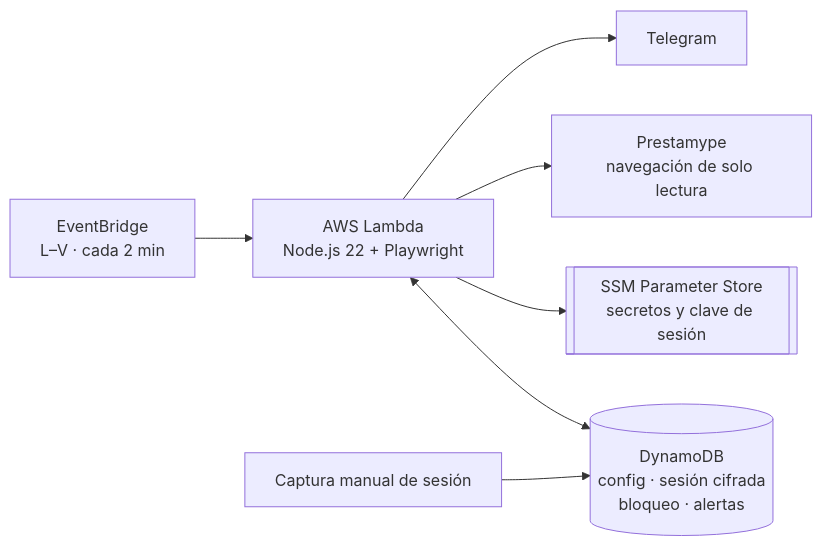
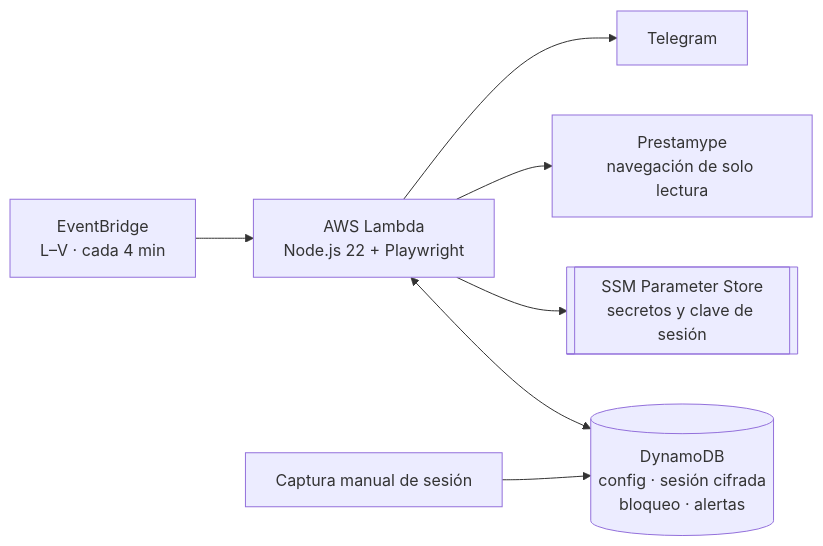
One commit to maishet/prestamype-monitor changed the diagram in README.md. Above: the diagram before and after it, drawn with Mermaid. The commit also changed other lines of this file and 2 other files, not shown here.

Commit message:
feat: actualizar la frecuencia de escaneo a cada 4 minutos y mejorar el mensaje de recordatorio de créditos

````diff
--- a/README.md
+++ b/README.md
@@ -50,9 +50,9 @@
 ```mermaid
 flowchart LR
-    EB["EventBridge<br/>L–V · cada 2 min"] --> L["AWS Lambda<br/>Node.js 22 + Playwright"]
+    EB["EventBridge<br/>L–V · cada 4 min"] --> L["AWS Lambda<br/>Node.js 22 + Playwright"]
     L <--> D[("DynamoDB<br/>config · sesión cifrada<br/>bloqueo · alertas")]
     L --> SSM[["SSM Parameter Store<br/>secretos y clave de sesión"]]
     L --> PM["Prestamype<br/>navegación de solo lectura"]
     L --> TG["Telegram"]
     CAP["Captura manual de sesión"] --> D
 ```
````
